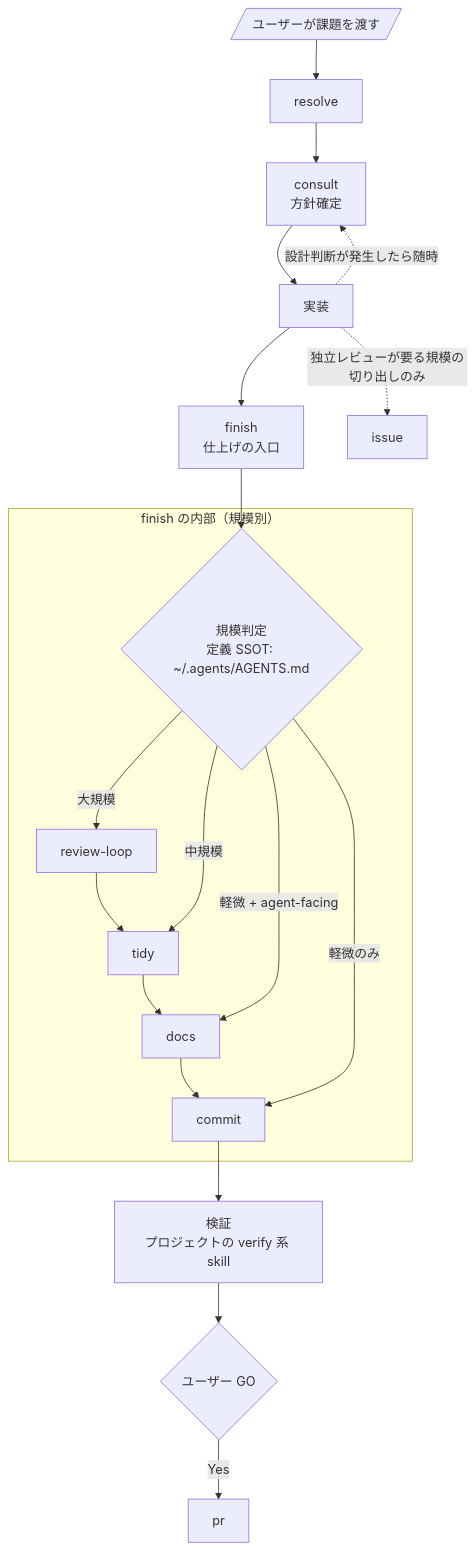
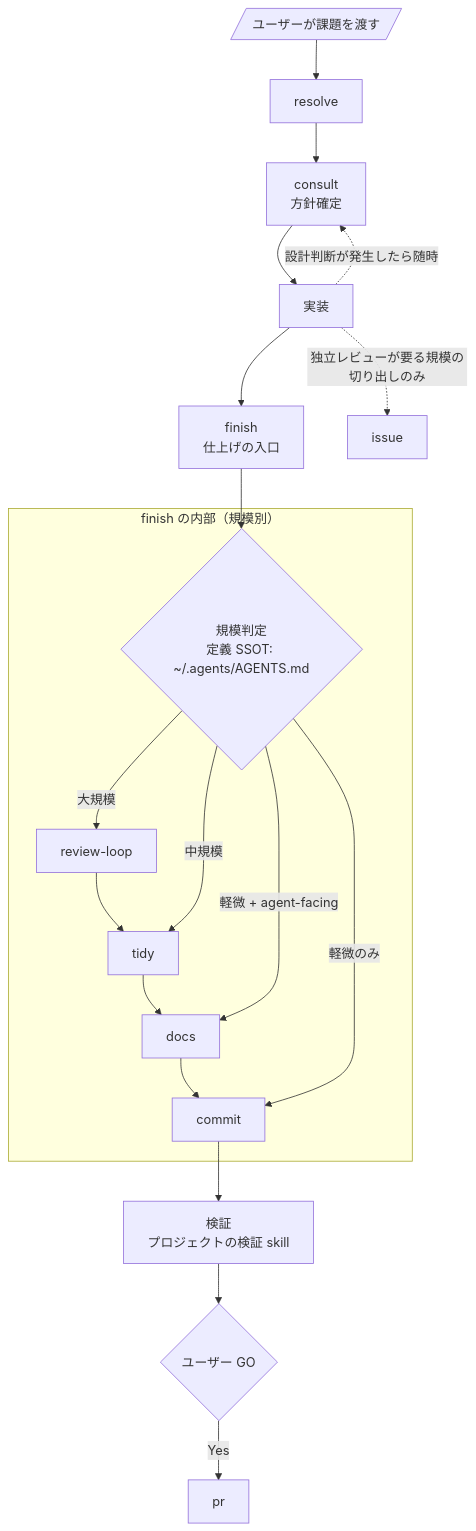
One commit to usagizmo/agentfiles changed the first of 3 diagrams in agents/skills/README.md. Above: the diagram before and after it, drawn with Mermaid. The commit also changed other lines of this file, not shown here.

````diff
--- a/agents/skills/README.md
+++ b/agents/skills/README.md
@@ -30,25 +30,25 @@
 ```mermaid
 flowchart TD
     U[/ユーザーが課題を渡す/] --> W[resolve]
     W --> C[consult<br/>方針確定]
     C --> I[実装]
     I --> F[finish<br/>仕上げの入口]
 
     F --> S{"規模判定<br/>定義 SSOT: ~/.agents/AGENTS.md"}
 
     subgraph FIN["finish の内部（規模別）"]
         S -->|大規模| RL[review-loop] --> T[tidy]
         S -->|中規模| T
         T --> D[docs]
         S -->|軽微 + agent-facing| D
         D --> CM[commit]
         S -->|軽微のみ| CM
     end
 
-    CM --> V[検証<br/>プロジェクトの verify 系 skill]
+    CM --> V[検証<br/>プロジェクトの検証 skill]
     V --> GO{ユーザー GO}
     GO -->|Yes| PR[pr]
 
     I -.設計判断が発生したら随時.-> C
     I -.独立レビューが要る規模の切り出しのみ.-> IS[issue]
 ```
````
